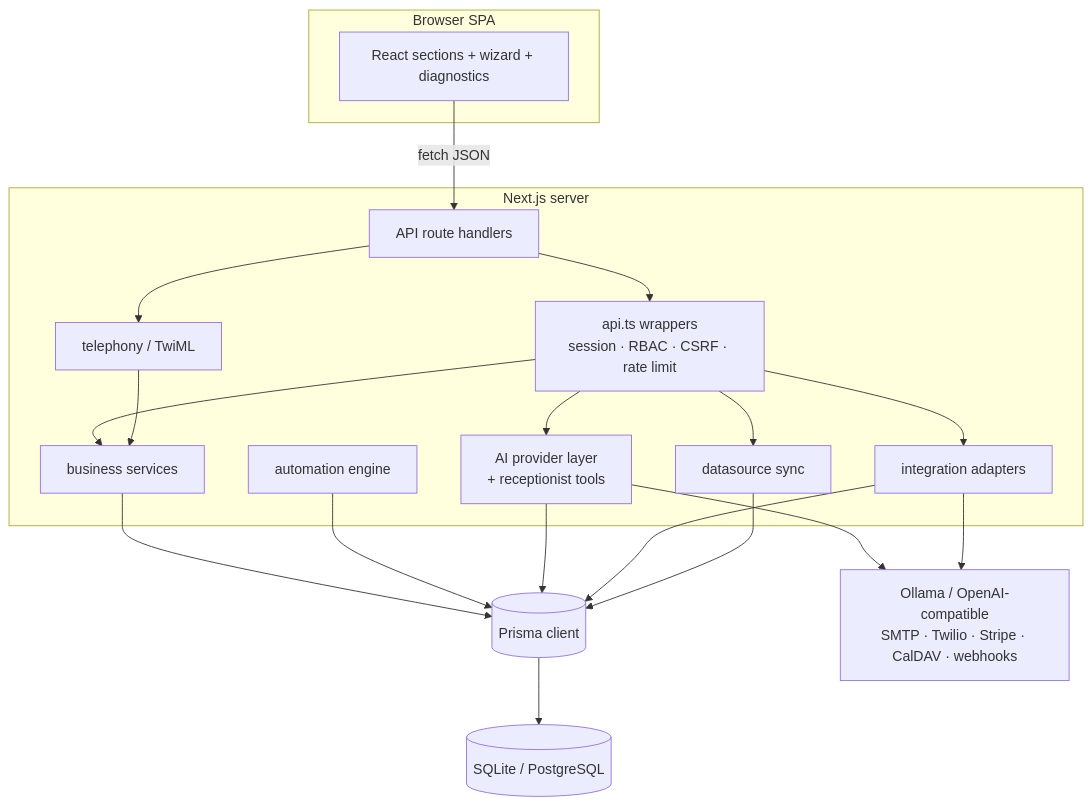
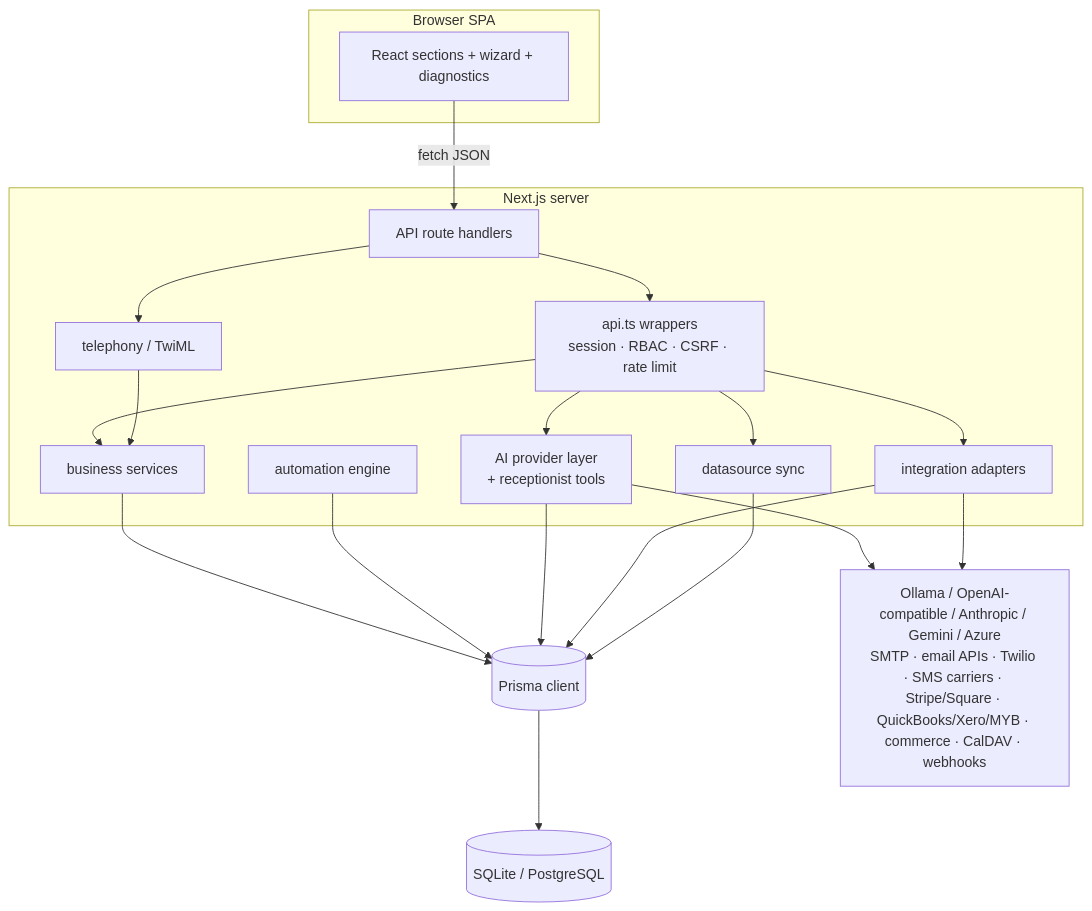
Before and after one commit to sidmazak/airepnsec: the first of 4 diagrams in docs/ARCHITECTURE.md, drawn with Mermaid. The commit also changed other lines of this file and 59 other files, not shown here.

Commit message:
feat: file imports, AI provider breadth, email/SMS, Square, accounting and commerce

````diff
--- a/docs/ARCHITECTURE.md
+++ b/docs/ARCHITECTURE.md
@@ -23,36 +23,36 @@
 ```mermaid
 flowchart TB
   subgraph "Browser SPA"
     UI[React sections + wizard + diagnostics]
   end
   subgraph "Next.js server"
     ROUTES[API route handlers]
     AUTH[api.ts wrappers<br/>session · RBAC · CSRF · rate limit]
     BIZ[business services]
     AUTO[automation engine]
     AI[AI provider layer<br/>+ receptionist tools]
     INT[integration adapters]
     DS[datasource sync]
     TEL[telephony / TwiML]
   end
   PRISMA[(Prisma client)]
   DB[(SQLite / PostgreSQL)]
-  EXT[Ollama / OpenAI-compatible<br/>SMTP · Twilio · Stripe · CalDAV · webhooks]
+  EXT[Ollama / OpenAI-compatible / Anthropic / Gemini / Azure<br/>SMTP · email APIs · Twilio · SMS carriers · Stripe/Square · QuickBooks/Xero/MYB · commerce · CalDAV · webhooks]
 
   UI -->|fetch JSON| ROUTES
   ROUTES --> AUTH
   AUTH --> BIZ
   AUTH --> AI
   AUTH --> INT
   AUTH --> DS
   ROUTES --> TEL
   BIZ --> PRISMA
   AUTO --> PRISMA
   AI --> PRISMA
   AI --> EXT
   INT --> PRISMA
   INT --> EXT
   DS --> PRISMA
   TEL --> BIZ
   PRISMA --> DB
 ```
````
